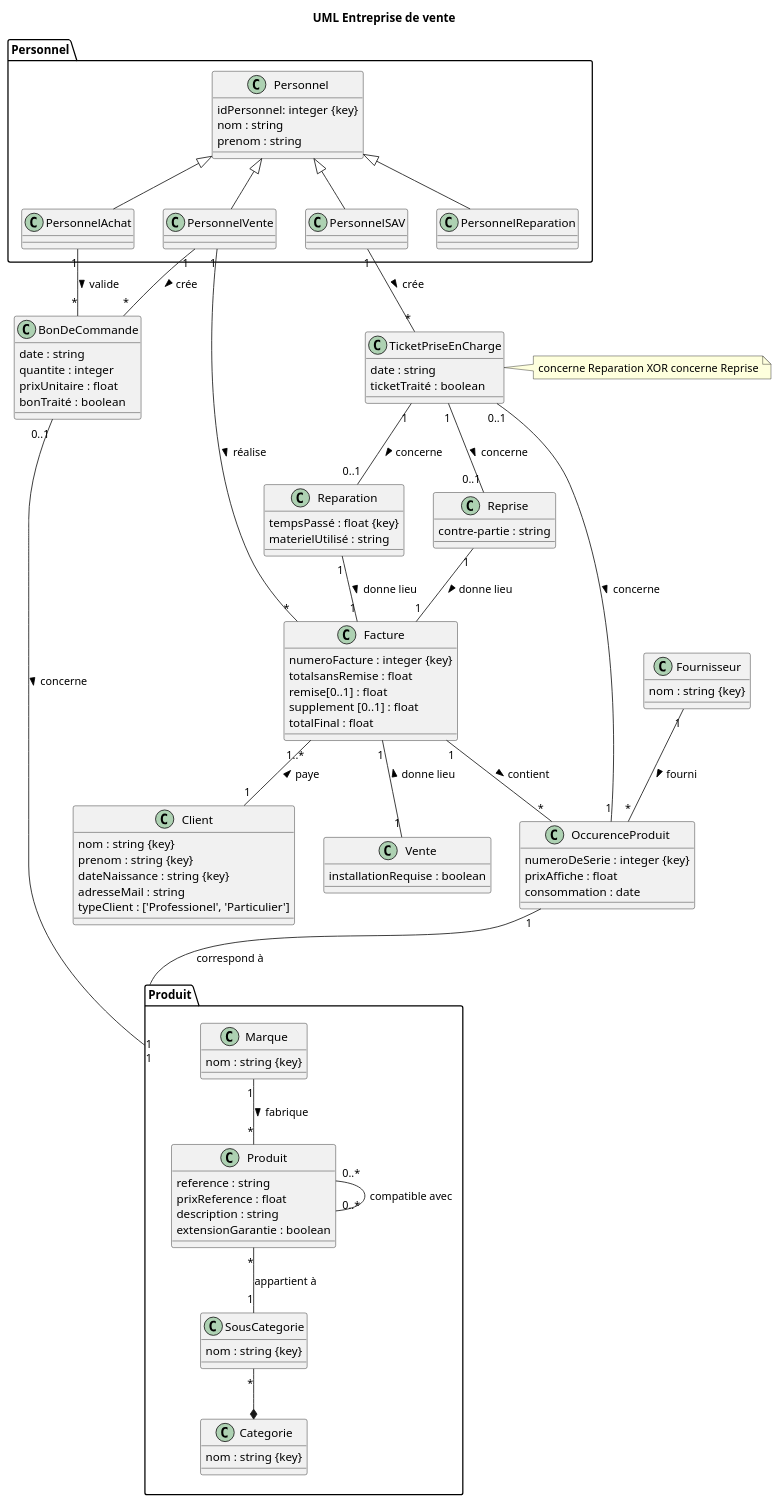
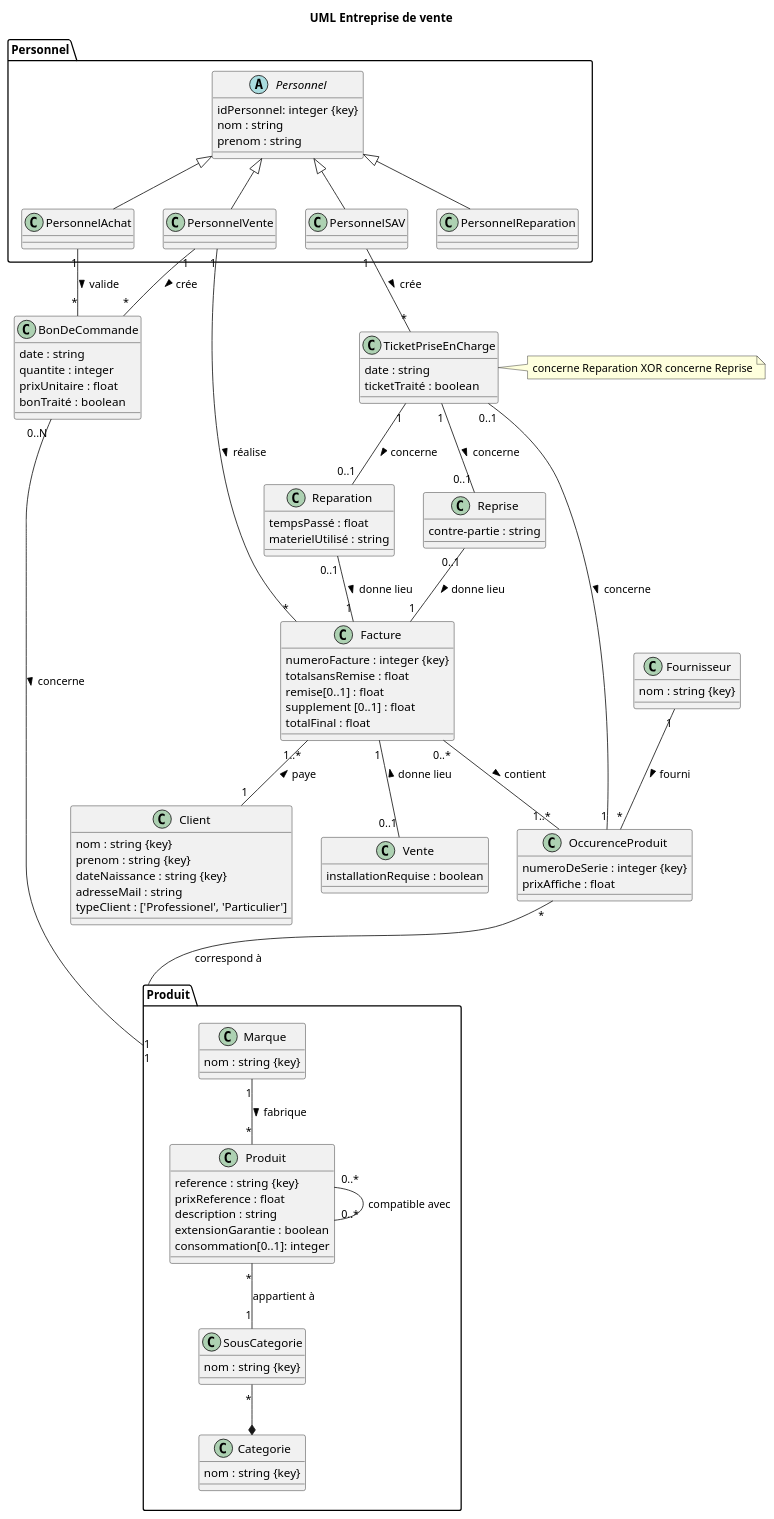
The diagram in MCD.plantuml (mariaidrissi/Entreprise-de-vente), drawn with PlantUML before and after one commit.

Commit message:
Changement de cardinalite sur facture, bon de commande, ticketPriseEnCharge et ajout attribut consommation dans produit MCD.plantuml

```diff
--- a/MCD.plantuml
+++ b/MCD.plantuml
@@ -1,136 +1,138 @@
 @startuml
 title UML Entreprise de vente
 
 package Produit {
 
-Produit "0..*" --  "0..*" Produit : compatible avec
 class Produit {
-  reference : string
+  reference : string {key}
   prixReference : float
   description : string
   extensionGarantie : boolean
+  consommation[0..1]: integer
 }
+
+
+Produit "0..*" --  "0..*" Produit : compatible avec
 
 Marque "1" -- "*" Produit : fabrique >
 
 class Marque {
 	nom : string {key}
 }
 
 class Categorie {
 	nom : string {key}
 }
 
 class SousCategorie {
 	nom : string {key}
 }
 
 SousCategorie "*" --* Categorie
 Produit  "*" -- "1" SousCategorie : appartient à
+}
 
-}
 
 class OccurenceProduit {
   numeroDeSerie : integer {key}
   prixAffiche : float
-  consommation : date
 }
 
-OccurenceProduit  "1" -- "1" Produit : correspond à
+OccurenceProduit  "*" -- "1" Produit : correspond à
 
 class Fournisseur {
 	nom : string {key}
 }
 
 Fournisseur "1" -- "*" OccurenceProduit : fourni >
 
 class Facture {
   numeroFacture : integer {key}
   totalsansRemise : float 
   remise[0..1] : float
   supplement [0..1] : float
   totalFinal : float
 }
 
 
 class Client { 
   nom : string {key}
   prenom : string {key}
   dateNaissance : string {key}
   adresseMail : string
   typeClient : ['Professionel', 'Particulier']
 }
 Facture "1..*" -- "1" Client : paye <
 
-Facture "1" -- "*" OccurenceProduit : contient >
+Facture "0..*" -- "1..*" OccurenceProduit : contient >
 
 
 package Personnel {
   
-class Personnel {
+abstract class Personnel {
   idPersonnel: integer {key}
   nom : string 
   prenom : string 
 }
 
 class PersonnelAchat{
 }
 
 class PersonnelVente{
 }
 
 class PersonnelSAV{
 }
 
 class PersonnelReparation{
 }
 
 Personnel <|-- PersonnelAchat
 Personnel <|-- PersonnelVente
 Personnel <|-- PersonnelReparation
 Personnel <|-- PersonnelSAV
 }
 
 PersonnelVente "1" -- "*" Facture : réalise >
 PersonnelSAV "1" -- "*" TicketPriseEnCharge : crée >
 PersonnelAchat "1" -- "*" BonDeCommande : valide >
 PersonnelVente "1" -- "*" BonDeCommande : crée >
 
 class TicketPriseEnCharge {
   date : string 
   ticketTraité : boolean
 }
 TicketPriseEnCharge "0..1" -- "1" OccurenceProduit: concerne >
 
 class BonDeCommande {
   date : string
   quantite : integer
   prixUnitaire : float
   bonTraité : boolean
 }
 
-BonDeCommande "0..1" -- "1" Produit: concerne >
+BonDeCommande "0..N" -- "1" Produit: concerne >
 
 class Reparation  {
-  tempsPassé : float {key}
+  tempsPassé : float 
   materielUtilisé : string
 }
 
 class Reprise  {
   contre-partie : string
 }
 
 
 note right of TicketPriseEnCharge
     concerne Reparation XOR concerne Reprise
 end note
 TicketPriseEnCharge "1" -- "0..1" Reparation : concerne >
-Reparation "1" -- "1" Facture : donne lieu >
+Reparation "0..1" -- "1" Facture : donne lieu >
 TicketPriseEnCharge "1" -- "0..1" Reprise : concerne >
-Reprise "1" -- "1" Facture : donne lieu >
+Reprise "0..1" -- "1" Facture : donne lieu >
 
-Facture "1" -- "1" Vente : donne lieu <
+Facture "1" -- "0..1" Vente : donne lieu <
 class Vente  {
   installationRequise : boolean 
 }
 @enduml
```
